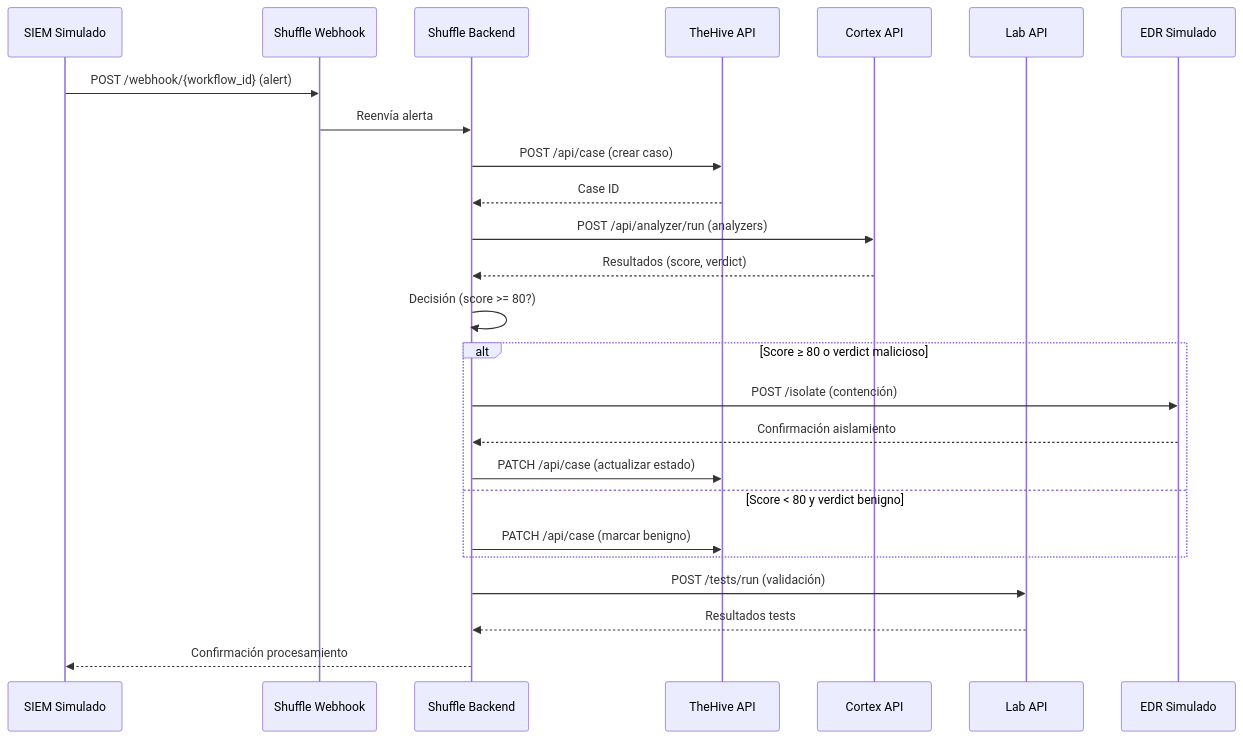
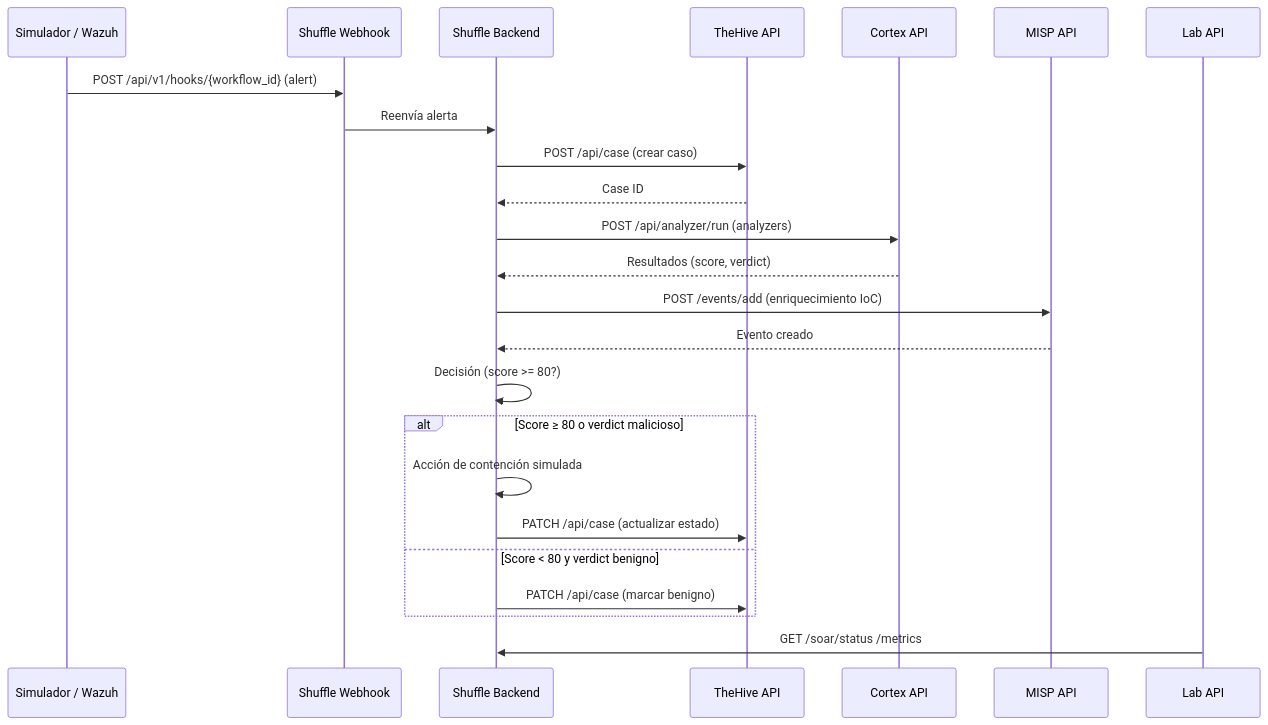
The diagram in docs/integrations/api_contracts.md (alesanfe/soar-ransomware-lab), drawn with Mermaid before and after one commit. The commit also changed other lines of this file and 700 other files, not shown here.

````diff
--- a/docs/integrations/api_contracts.md
+++ b/docs/integrations/api_contracts.md
@@ -433,28 +654,27 @@
 ```mermaid
 sequenceDiagram
-    participant SIEM as SIEM Simulado
+    participant Sim as Simulador / Wazuh
     participant Shuffle as Shuffle Webhook
     participant Backend as Shuffle Backend
     participant TheHive as TheHive API
     participant Cortex as Cortex API
+    participant MISP as MISP API
     participant LabAPI as Lab API
-    participant EDR as EDR Simulado
 
-    SIEM->>Shuffle: POST /webhook/{workflow_id} (alert)
+    Sim->>Shuffle: POST /api/v1/hooks/{workflow_id} (alert)
     Shuffle->>Backend: Reenvía alerta
     Backend->>TheHive: POST /api/case (crear caso)
     TheHive-->>Backend: Case ID
     Backend->>Cortex: POST /api/analyzer/run (analyzers)
     Cortex-->>Backend: Resultados (score, verdict)
+    Backend->>MISP: POST /events/add (enriquecimiento IoC)
+    MISP-->>Backend: Evento creado
     Backend->>Backend: Decisión (score >= 80?)
     alt Score ≥ 80 o verdict malicioso
-        Backend->>EDR: POST /isolate (contención)
-        EDR-->>Backend: Confirmación aislamiento
+        Backend->>Backend: Acción de contención simulada
         Backend->>TheHive: PATCH /api/case (actualizar estado)
     else Score < 80 y verdict benigno
         Backend->>TheHive: PATCH /api/case (marcar benigno)
     end
-    Backend->>LabAPI: POST /tests/run (validación)
-    LabAPI-->>Backend: Resultados tests
-    Backend-->>SIEM: Confirmación procesamiento
+    LabAPI->>Backend: GET /soar/status /metrics
 ```
````
